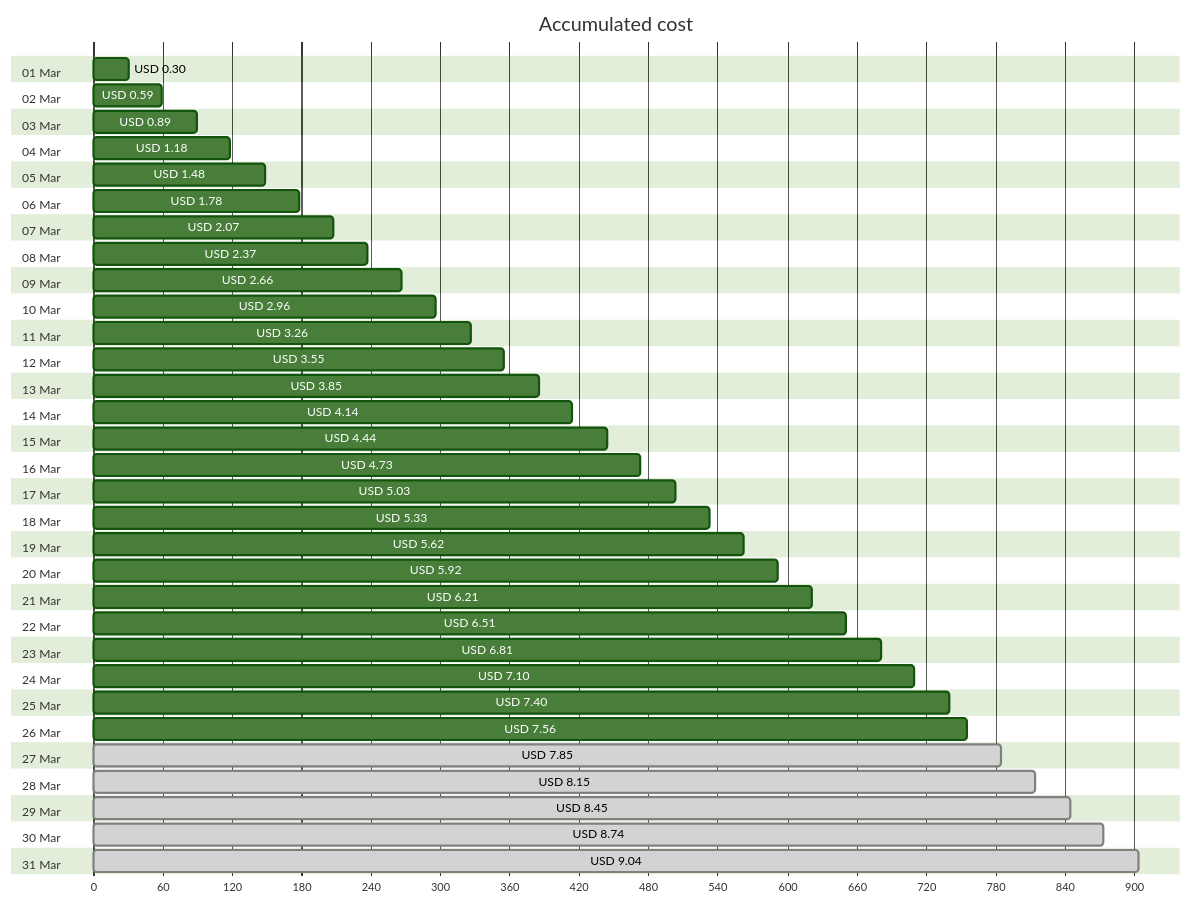
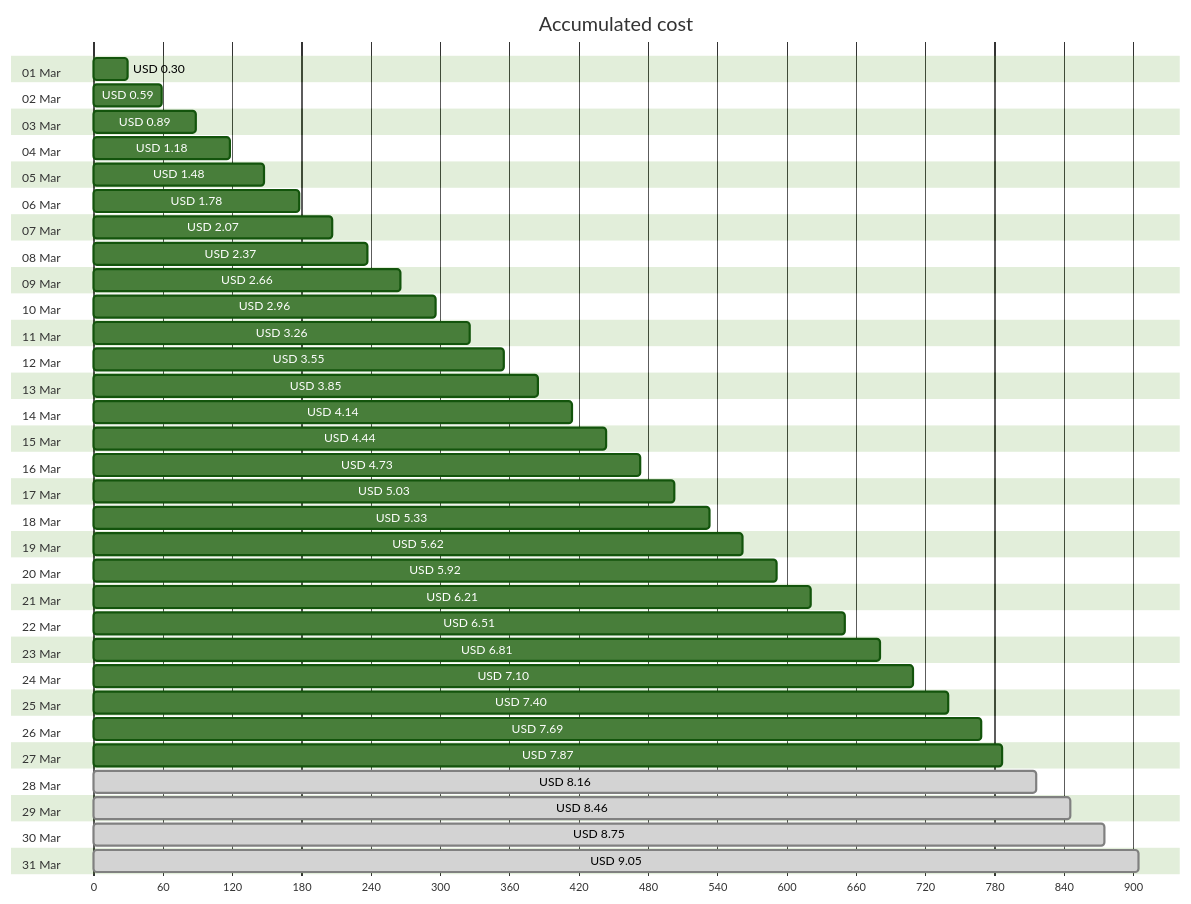
Before and after one commit to jpfulton/azure-personal-reports: the first of 4 diagrams in cost-reports/personal-site/personal-site-preview.md, drawn with Mermaid (forest theme). The commit also changed other lines of this file and 6 other files, not shown here.

````diff
--- a/cost-reports/personal-site/personal-site-preview.md
+++ b/cost-reports/personal-site/personal-site-preview.md
@@ -20,68 +20,68 @@
 ```mermaid
 gantt
    title Accumulated cost
    dateFormat  X
    axisFormat %s
    section 01 Mar
    USD 0.30 :0, 30
    section 02 Mar
    USD 0.59 :0, 59
    section 03 Mar
    USD 0.89 :0, 89
    section 04 Mar
    USD 1.18 :0, 118
    section 05 Mar
    USD 1.48 :0, 148
    section 06 Mar
    USD 1.78 :0, 178
    section 07 Mar
    USD 2.07 :0, 207
    section 08 Mar
    USD 2.37 :0, 237
    section 09 Mar
    USD 2.66 :0, 266
    section 10 Mar
    USD 2.96 :0, 296
    section 11 Mar
    USD 3.26 :0, 326
    section 12 Mar
    USD 3.55 :0, 355
    section 13 Mar
    USD 3.85 :0, 385
    section 14 Mar
    USD 4.14 :0, 414
    section 15 Mar
    USD 4.44 :0, 444
    section 16 Mar
    USD 4.73 :0, 473
    section 17 Mar
    USD 5.03 :0, 503
    section 18 Mar
    USD 5.33 :0, 533
    section 19 Mar
    USD 5.62 :0, 562
    section 20 Mar
    USD 5.92 :0, 592
    section 21 Mar
    USD 6.21 :0, 621
    section 22 Mar
    USD 6.51 :0, 651
    section 23 Mar
    USD 6.81 :0, 681
    section 24 Mar
    USD 7.10 :0, 710
    section 25 Mar
    USD 7.40 :0, 740
    section 26 Mar
-   USD 7.56 :0, 756
+   USD 7.69 :0, 769
    section 27 Mar
-   USD 7.85 : done, 0, 785
+   USD 7.87 :0, 787
    section 28 Mar
-   USD 8.15 : done, 0, 815
+   USD 8.16 : done, 0, 816
    section 29 Mar
-   USD 8.45 : done, 0, 845
+   USD 8.46 : done, 0, 846
    section 30 Mar
-   USD 8.74 : done, 0, 874
+   USD 8.75 : done, 0, 875
    section 31 Mar
-   USD 9.04 : done, 0, 904
+   USD 9.05 : done, 0, 905
 ```
````
